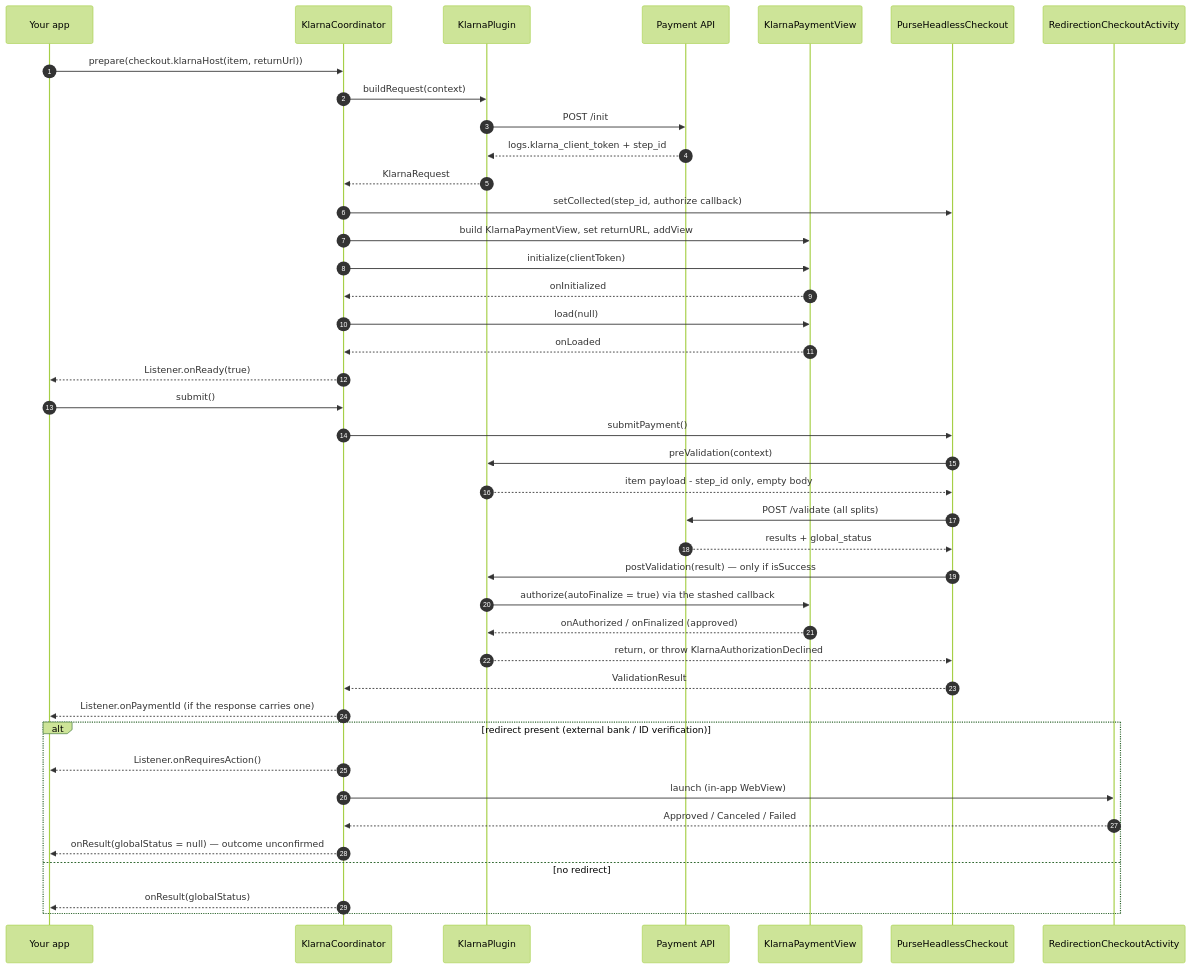
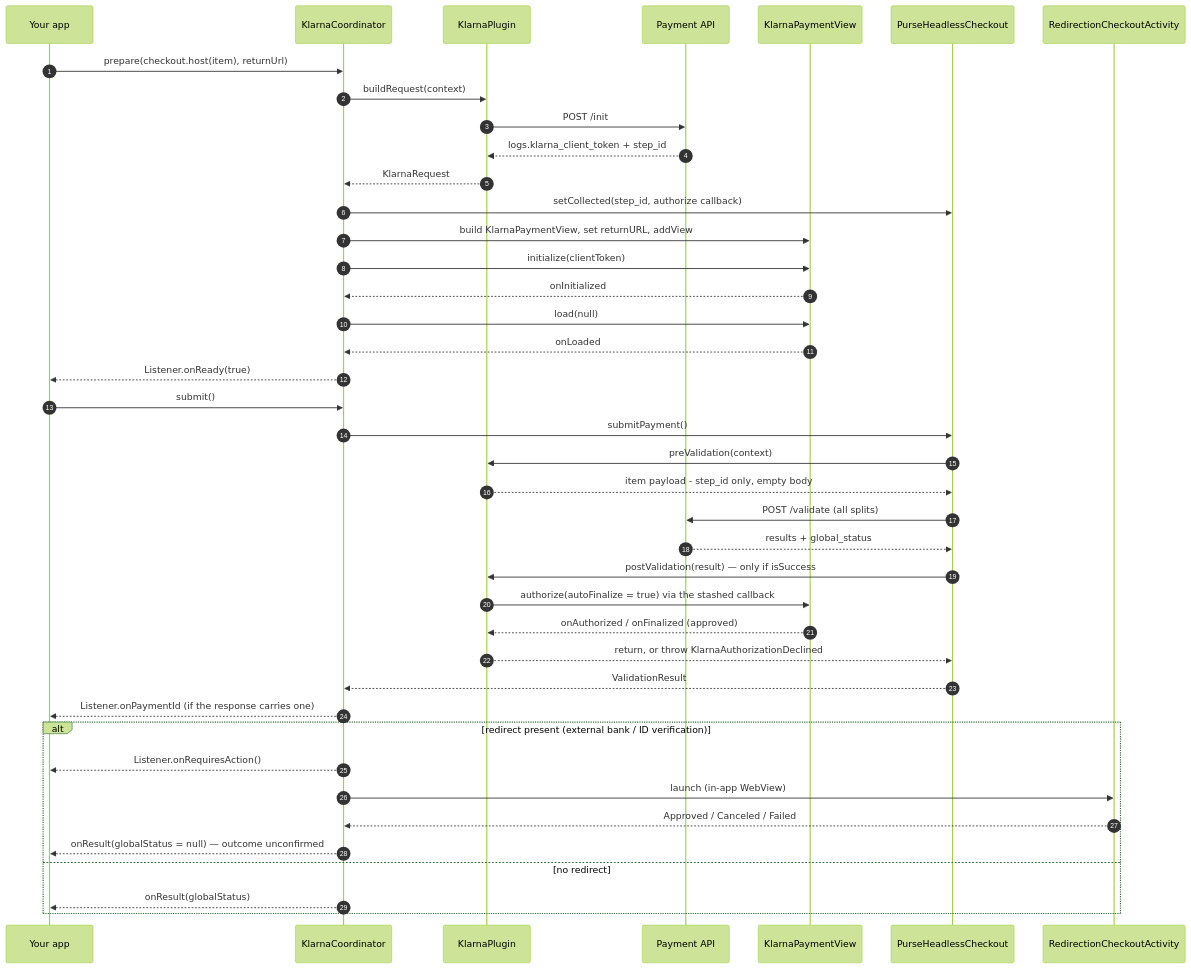
One commit to UpStreamPay/purse-headless-checkout-android changed the diagram in docs/plugins/klarna.md. Above: the diagram before and after it, drawn with Mermaid (forest theme). The commit also changed other lines of this file and 13 other files, not shown here.

````diff
--- a/docs/plugins/klarna.md
+++ b/docs/plugins/klarna.md
@@ -44,46 +44,46 @@
 ```mermaid
 sequenceDiagram
     autonumber
     participant App as Your app
     participant Co as KlarnaCoordinator
     participant Pl as KlarnaPlugin
     participant Api as Payment API
     participant KV as KlarnaPaymentView
     participant Ck as PurseHeadlessCheckout
     participant Rd as RedirectionCheckoutActivity
 
-    App->>Co: prepare(checkout.klarnaHost(item, returnUrl))
+    App->>Co: prepare(checkout.host(item), returnUrl)
     Co->>Pl: buildRequest(context)
     Pl->>Api: POST /init
     Api-->>Pl: logs.klarna_client_token + step_id
     Pl-->>Co: KlarnaRequest
     Co->>Ck: setCollected(step_id, authorize callback)
     Co->>KV: build KlarnaPaymentView, set returnURL, addView
     Co->>KV: initialize(clientToken)
     KV-->>Co: onInitialized
     Co->>KV: load(null)
     KV-->>Co: onLoaded
     Co-->>App: Listener.onReady(true)
 
     App->>Co: submit()
     Co->>Ck: submitPayment()
     Ck->>Pl: preValidation(context)
     Pl-->>Ck: item payload - step_id only, empty body
     Ck->>Api: POST /validate (all splits)
     Api-->>Ck: results + global_status
     Ck->>Pl: postValidation(result) — only if isSuccess
     Pl->>KV: authorize(autoFinalize = true) via the stashed callback
     KV-->>Pl: onAuthorized / onFinalized (approved)
     Pl-->>Ck: return, or throw KlarnaAuthorizationDeclined
     Ck-->>Co: ValidationResult
     Co-->>App: Listener.onPaymentId (if the response carries one)
 
     alt redirect present (external bank / ID verification)
         Co-->>App: Listener.onRequiresAction()
         Co->>Rd: launch (in-app WebView)
         Rd-->>Co: Approved / Canceled / Failed
         Co-->>App: onResult(globalStatus = null) — outcome unconfirmed
     else no redirect
         Co-->>App: onResult(globalStatus)
     end
 ```
````
